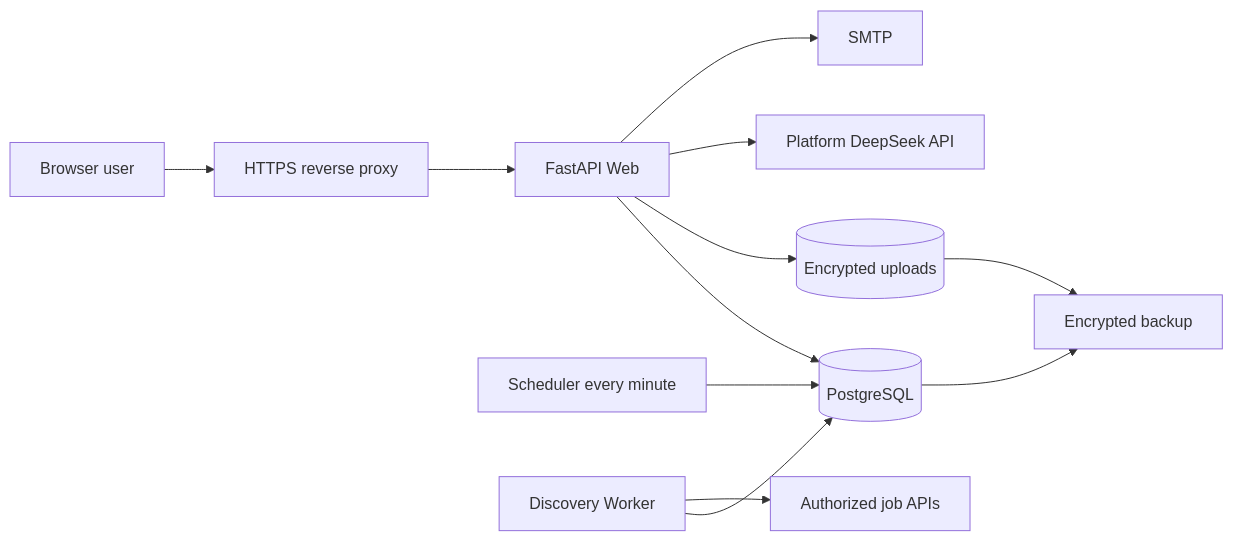
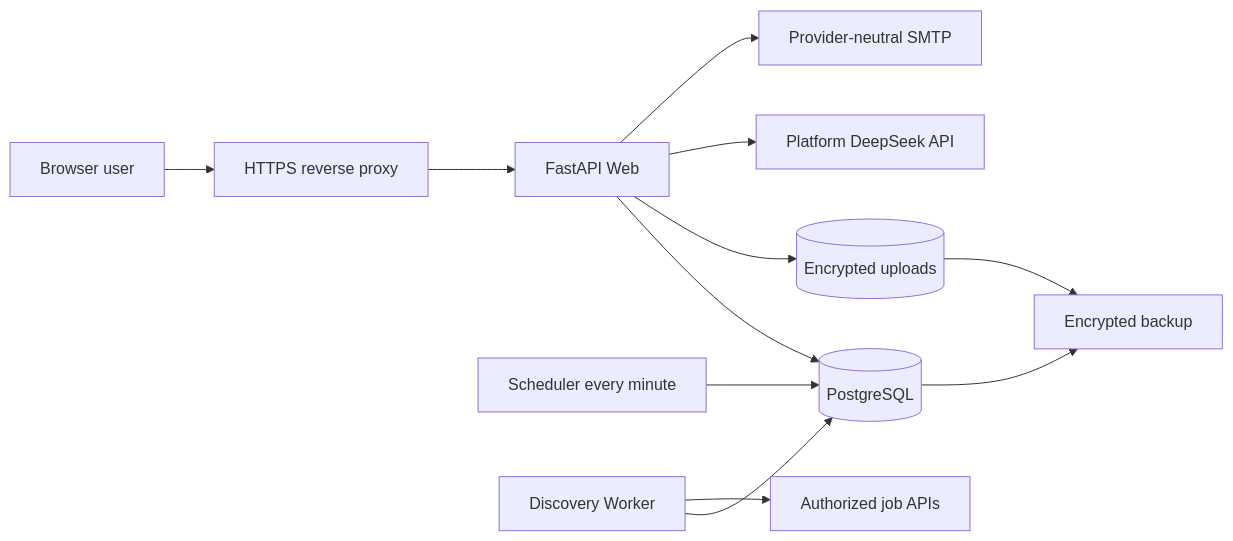
Before and after one commit to LinzeColin/MetaDatabase: the diagram in JobHuntBotOnline/taskpack/ARCHITECTURE.md, drawn with Mermaid. The commit also changed other lines of this file and 45 other files, not shown here.

````diff
--- a/JobHuntBotOnline/taskpack/ARCHITECTURE.md
+++ b/JobHuntBotOnline/taskpack/ARCHITECTURE.md
@@ -3,14 +3,14 @@
 ```mermaid
 flowchart LR
   U[Browser user] --> H[HTTPS reverse proxy]
   H --> W[FastAPI Web]
   W --> P[(PostgreSQL)]
   W --> O[(Encrypted uploads)]
   S[Scheduler every minute] --> P
   K[Discovery Worker] --> P
   K --> A[Authorized job APIs]
   W --> D[Platform DeepSeek API]
-  W --> M[SMTP]
+  W --> M[Provider-neutral SMTP]
   P --> B[Encrypted backup]
   O --> B
 ```
````
